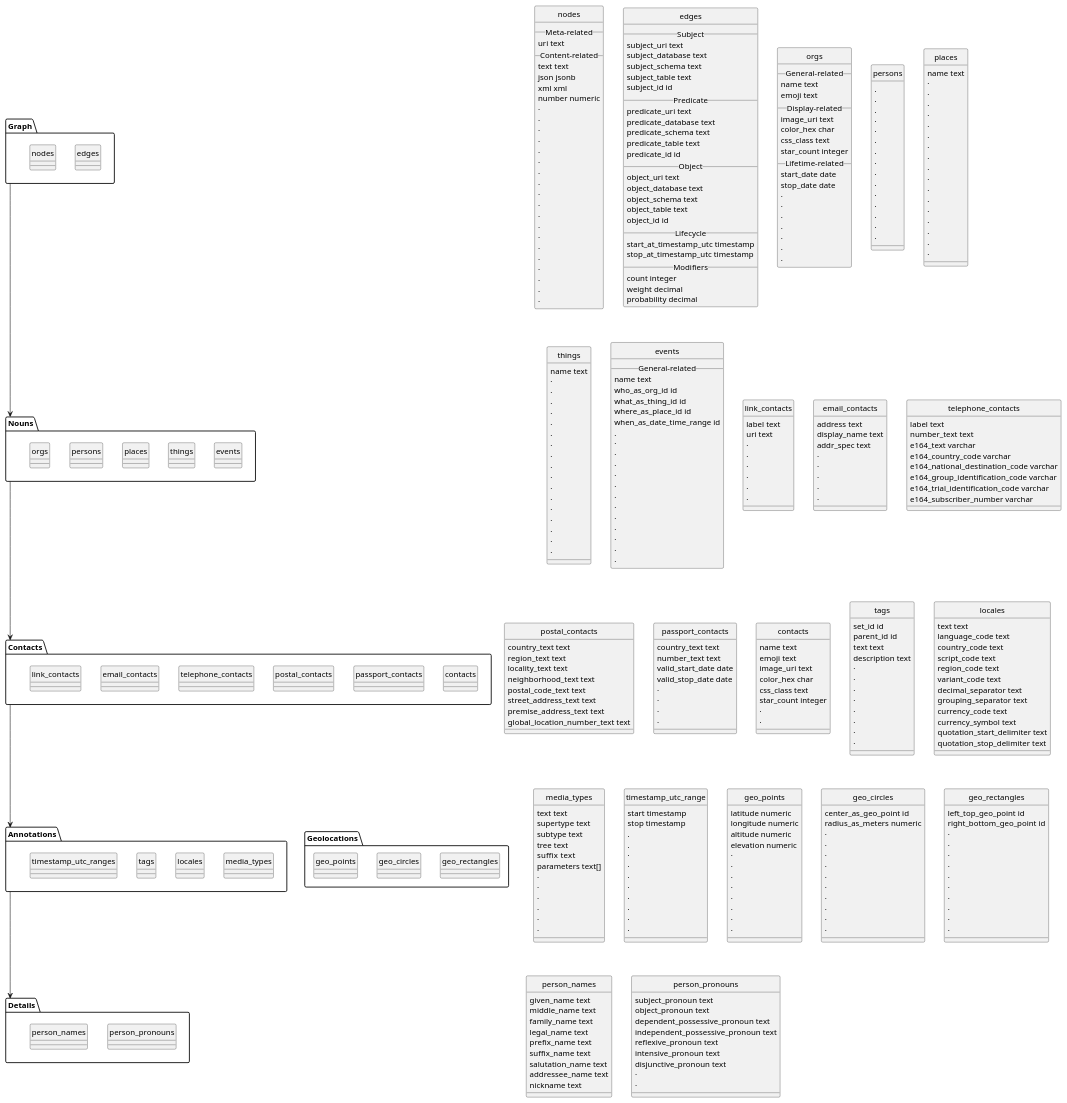
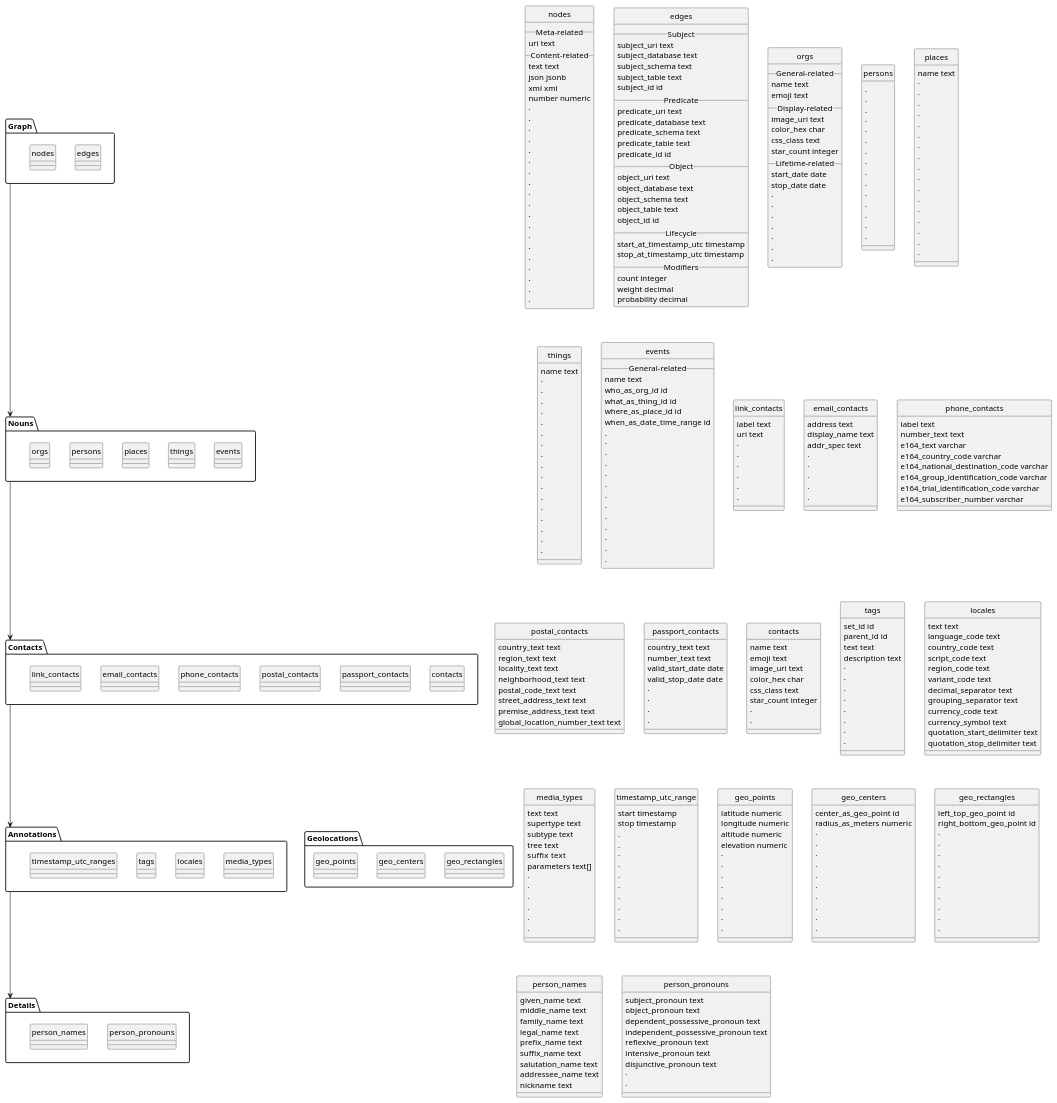
One commit to contactopensource/contactopensource-with-postgresql changed the diagram in doc/uml/tables/tables.plantuml. Above: the diagram before and after it, drawn with PlantUML. The commit also changed 52 other files, not shown here.

```diff
--- a/doc/uml/tables/tables.plantuml
+++ b/doc/uml/tables/tables.plantuml
@@ -18,7 +18,7 @@
 package Contacts {
   class link_contacts
   class email_contacts
-  class telephone_contacts
+  class phone_contacts
   class postal_contacts
   class passport_contacts
   class contacts
@@ -33,7 +33,7 @@
 
 package Geolocations {
   class geo_points
-  class geo_circles
+  class geo_centers
   class geo_rectangles
 }
 
@@ -55,16 +55,16 @@
 things -[hidden] events
 
 link_contacts -[hidden] email_contacts
-email_contacts -[hidden] telephone_contacts
-telephone_contacts -[hidden] postal_contacts
+email_contacts -[hidden] phone_contacts
+phone_contacts -[hidden] postal_contacts
 postal_contacts -[hidden] passport_contacts
 passport_contacts -[hidden] contacts
 
 tags -r[hidden] locales
 locales -r[hidden] media_types
 media_types -r[hidden] geo_points
-geo_points -r[hidden] geo_circles
-geo_circles -r[hidden] geo_rectangles
+geo_points -r[hidden] geo_centers
+geo_centers -r[hidden] geo_rectangles
 
 person_names -r[hidden] person_pronouns
 
@@ -250,7 +250,7 @@
   ·
 }
 
-class telephone_contacts {
+class phone_contacts {
   label text
   number_text text
   e164_text varchar
@@ -369,7 +369,7 @@
   ·
 }
 
-class geo_circles {
+class geo_centers {
   center_as_geo_point id
   radius_as_meters numeric
   ·
```
